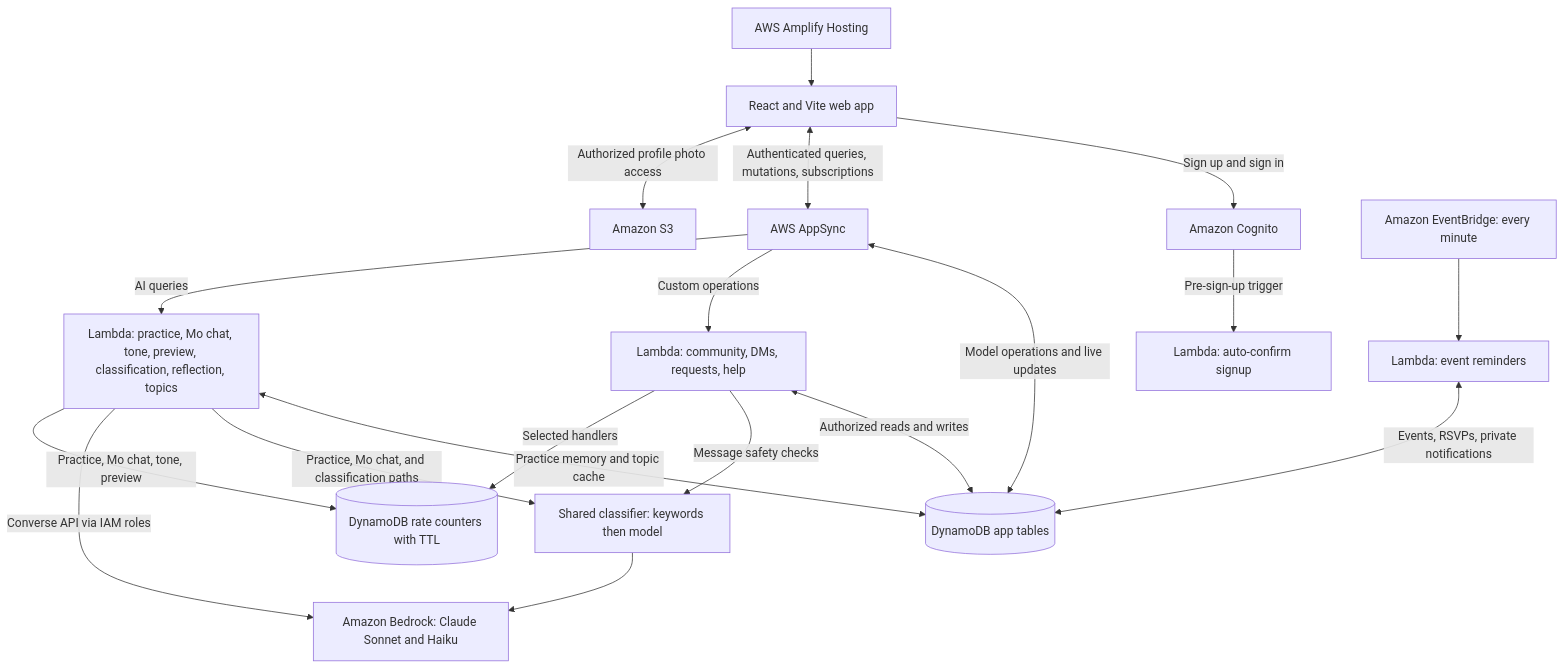
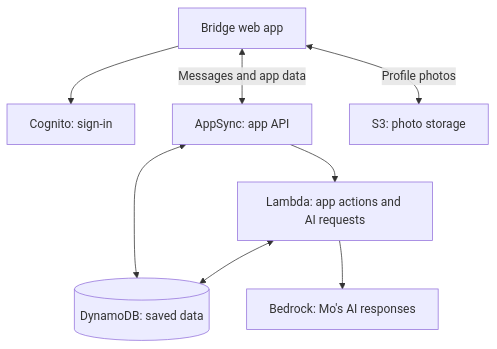
The diagram in README.md (Hero4440/Bridge), drawn with Mermaid before and after one commit. The commit also changed other lines of this file and 1 other file, not shown here.

````diff
--- a/README.md
+++ b/README.md
@@ -54,21 +30,10 @@
 ```mermaid
 flowchart TD
-    hosting["AWS Amplify Hosting"] --> web["React and Vite web app"]
-    web -->|"Sign up and sign in"| auth["Amazon Cognito"]
-    auth -->|"Pre-sign-up trigger"| signup["Lambda: auto-confirm signup"]
-    web <-->|"Authenticated queries, mutations, subscriptions"| api["AWS AppSync"]
-    web <-->|"Authorized profile photo access"| photos["Amazon S3"]
-    api <-->|"Model operations and live updates"| data[("DynamoDB app tables")]
-    api -->|"Custom operations"| actions["Lambda: community, DMs, requests, help"]
-    api -->|"AI queries"| ai["Lambda: practice, Mo chat, tone, preview, classification, reflection, topics"]
-    actions <-->|"Authorized reads and writes"| data
-    ai <-->|"Practice memory and topic cache"| data
-    actions -->|"Message safety checks"| classify["Shared classifier: keywords then model"]
-    ai -->|"Practice, Mo chat, and classification paths"| classify
-    classify --> bedrock["Amazon Bedrock: Claude Sonnet and Haiku"]
-    ai -->|"Converse API via IAM roles"| bedrock
-    actions -->|"Selected handlers"| limits[("DynamoDB rate counters with TTL")]
-    ai -->|"Practice, Mo chat, tone, preview"| limits
-    schedule["Amazon EventBridge: every minute"] --> reminders["Lambda: event reminders"]
-    reminders <-->|"Events, RSVPs, private notifications"| data
+    app["Bridge web app"] --> auth["Cognito: sign-in"]
+    app <-->|"Messages and app data"| api["AppSync: app API"]
+    app <-->|"Profile photos"| photos["S3: photo storage"]
+    api <--> data[("DynamoDB: saved data")]
+    api --> functions["Lambda: app actions and AI requests"]
+    functions <--> data
+    functions --> ai["Bedrock: Mo's AI responses"]
 ```
````
